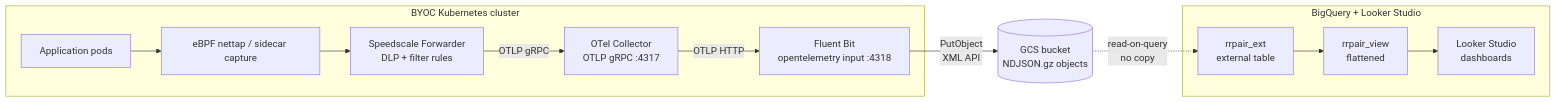
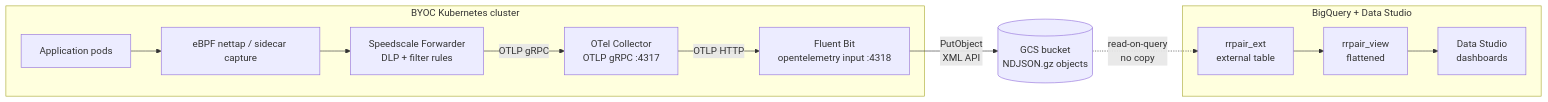
The diagram in reference-architectures/fluent-bit/README.md (speedscale/demo), drawn with Mermaid before and after one commit. The commit also changed other lines of this file and 3 other files, not shown here.

First line of the commit message:
docs(fluent-bit): rename Looker Studio → Data Studio

````diff
--- a/reference-architectures/fluent-bit/README.md
+++ b/reference-architectures/fluent-bit/README.md
@@ -13,23 +13,23 @@
 ```mermaid
 flowchart LR
   subgraph K8s[BYOC Kubernetes cluster]
     Apps[Application pods]
     Cap[eBPF nettap / sidecar capture]
     Fwd[Speedscale Forwarder<br/>DLP + filter rules]
     OTel[OTel Collector<br/>OTLP gRPC :4317]
     FB[Fluent Bit<br/>opentelemetry input :4318]
   end
   GCS[(GCS bucket<br/>NDJSON.gz objects)]
-  subgraph BQ[BigQuery + Looker Studio]
+  subgraph BQ[BigQuery + Data Studio]
     Ext[rrpair_ext<br/>external table]
     View[rrpair_view<br/>flattened]
-    Looker[Looker Studio<br/>dashboards]
+    DS[Data Studio<br/>dashboards]
   end
 
   Apps --> Cap --> Fwd
   Fwd -->|OTLP gRPC| OTel
   OTel -->|OTLP HTTP| FB
   FB -->|PutObject<br/>XML API| GCS
   GCS -.->|read-on-query<br/>no copy| Ext
-  Ext --> View --> Looker
+  Ext --> View --> DS
 ```
````
